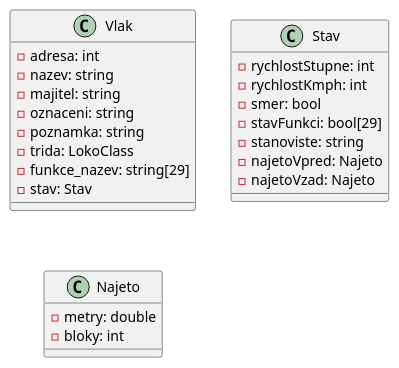
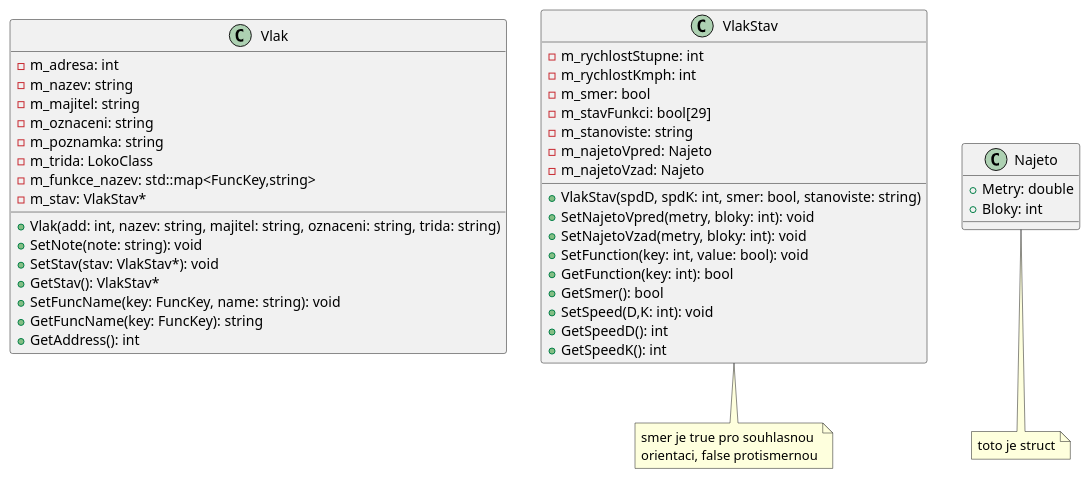
Before and after one commit to LANeo64/RKDlib: the diagram in Model/Class_train.adoc, drawn with PlantUML. The commit also changed 8 other files, not shown here.

```diff
--- a/Model/Class_train.adoc
+++ b/Model/Class_train.adoc
@@ -1,41 +1,65 @@
 [plantuml, "Class-train", png]
 ....
 '###############################################################################
 ' definice tříd zde
 '###############################################################################
 
 class Vlak {
-	- adresa: int
-	- nazev: string
-	- majitel: string
-	- oznaceni: string
-	- poznamka: string
-	- trida: LokoClass
-	- funkce_nazev: string[29]
-	- stav: Stav
+	- m_adresa: int
+	- m_nazev: string
+	- m_majitel: string
+	- m_oznaceni: string
+	- m_poznamka: string
+	- m_trida: LokoClass
+	- m_funkce_nazev: std::map<FuncKey,string>
+	- m_stav: VlakStav*
+	+ Vlak(add: int, nazev: string, majitel: string, oznaceni: string, trida: string)
+	+ SetNote(note: string): void
+	+ SetStav(stav: VlakStav*): void
+	+ GetStav(): VlakStav*
+	+ SetFuncName(key: FuncKey, name: string): void
+	+ GetFuncName(key: FuncKey): string
+	+ GetAddress(): int
 }
 
-class Stav {
-	- rychlostStupne: int
-	- rychlostKmph: int
-	-	smer: bool
-	- stavFunkci: bool[29]
-	- stanoviste: string
-	- najetoVpred: Najeto
-	- najetoVzad: Najeto
+class VlakStav {
+	- m_rychlostStupne: int
+	- m_rychlostKmph: int
+	-	m_smer: bool
+	- m_stavFunkci: bool[29]
+	- m_stanoviste: string
+	- m_najetoVpred: Najeto
+	- m_najetoVzad: Najeto
+	+ VlakStav(spdD, spdK: int, smer: bool, stanoviste: string)
+	+ SetNajetoVpred(metry, bloky: int): void
+  + SetNajetoVzad(metry, bloky: int): void
+	+ SetFunction(key: int, value: bool): void
+	+ GetFunction(key: int): bool
+	+ GetSmer(): bool
+	+ SetSpeed(D,K: int): void
+	+ GetSpeedD(): int
+	+ GetSpeedK(): int
 }
 
 class Najeto {
-	- metry: double
-	- bloky: int
+	+ Metry: double
+	+ Bloky: int
 }
 
 '###############################################################################
 ' poznámky k třídám
 '###############################################################################
 
+note bottom of VlakStav
+	smer je true pro souhlasnou
+	orientaci, false protismernou
+end note
+
+note bottom of Najeto
+	toto je struct
+end note
 
 '###############################################################################
 ' linky, asociace, agregace, kompozice a dědičnosti zde
 '###############################################################################
 ....
```
